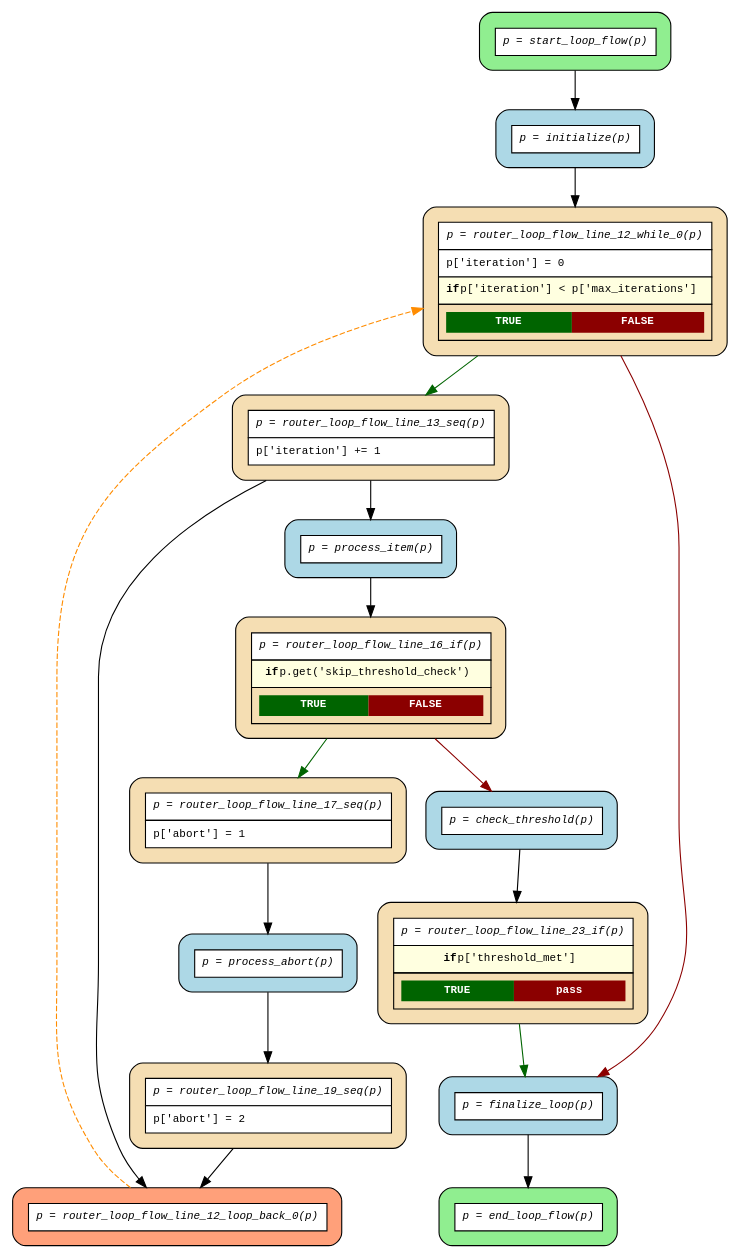
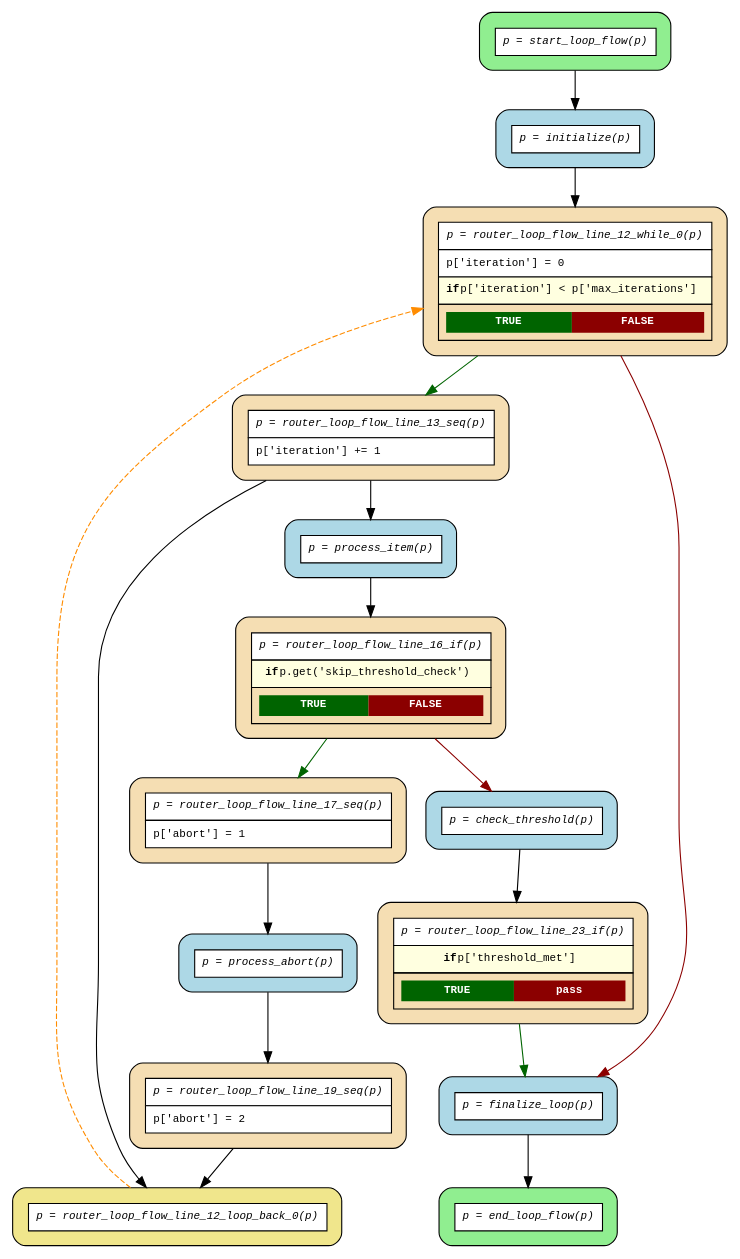
The diagram in examples/flows/compiled/while_loop_processing/flow.dot (deliveryhero/asya), drawn with Graphviz before and after one commit. The commit also changed 26 other files, not shown here.

First line of the commit message:
fix(flow): fix DOT graph spurious edges and loop-back router color

```diff
--- a/examples/flows/compiled/while_loop_processing/flow.dot
+++ b/examples/flows/compiled/while_loop_processing/flow.dot
@@ -1,38 +1,38 @@
 digraph flow {
   rankdir=TB;
   graph [fontname="Courier", fontsize=10];
   node [fontname="Courier", fontsize=10, shape=box, style="filled,rounded", margin="0.2"];
   edge [fontname="Courier", fontsize=10];
 
   start_loop_flow [fillcolor="lightgreen", label=<<table border="0" cellspacing="0" cellpadding="6" cellborder="1"><tr><td bgcolor="white" align="center"><i>p = start_loop_flow(p)</i></td></tr></table>>];
   router_loop_flow_line_19_seq [fillcolor="wheat", label=<<table border="0" cellspacing="0" cellpadding="6" cellborder="1"><tr><td bgcolor="white" align="center"><i>p = router_loop_flow_line_19_seq(p)</i></td></tr><tr><td bgcolor="white" align="left">p['abort'] = 2</td></tr></table>>];
   router_loop_flow_line_17_seq [fillcolor="wheat", label=<<table border="0" cellspacing="0" cellpadding="6" cellborder="1"><tr><td bgcolor="white" align="center"><i>p = router_loop_flow_line_17_seq(p)</i></td></tr><tr><td bgcolor="white" align="left">p['abort'] = 1</td></tr></table>>];
   router_loop_flow_line_23_if [fillcolor="wheat", label=<<table border="0" cellspacing="0" cellpadding="6" cellborder="1"><tr><td bgcolor="white" align="center"><i>p = router_loop_flow_line_23_if(p)</i></td></tr><tr><td bgcolor="lightyellow"><b>if</b> p['threshold_met']</td></tr><tr><td><table border="0" cellspacing="0" cellpadding="4"><tr><td bgcolor="darkgreen"><font color="white"><b>TRUE</b></font></td><td bgcolor="darkred"><font color="white"><b>pass</b></font></td></tr></table></td></tr></table>>];
   router_loop_flow_line_16_if [fillcolor="wheat", label=<<table border="0" cellspacing="0" cellpadding="6" cellborder="1"><tr><td bgcolor="white" align="center"><i>p = router_loop_flow_line_16_if(p)</i></td></tr><tr><td bgcolor="lightyellow"><b>if</b> p.get('skip_threshold_check')</td></tr><tr><td><table border="0" cellspacing="0" cellpadding="4"><tr><td bgcolor="darkgreen"><font color="white"><b>TRUE</b></font></td><td bgcolor="darkred"><font color="white"><b>FALSE</b></font></td></tr></table></td></tr></table>>];
   router_loop_flow_line_13_seq [fillcolor="wheat", label=<<table border="0" cellspacing="0" cellpadding="6" cellborder="1"><tr><td bgcolor="white" align="center"><i>p = router_loop_flow_line_13_seq(p)</i></td></tr><tr><td bgcolor="white" align="left">p['iteration'] += 1</td></tr></table>>];
-  router_loop_flow_line_12_loop_back_0 [fillcolor="lightsalmon", label=<<table border="0" cellspacing="0" cellpadding="6" cellborder="1"><tr><td bgcolor="white" align="center"><i>p = router_loop_flow_line_12_loop_back_0(p)</i></td></tr></table>>];
+  router_loop_flow_line_12_loop_back_0 [fillcolor="khaki", label=<<table border="0" cellspacing="0" cellpadding="6" cellborder="1"><tr><td bgcolor="white" align="center"><i>p = router_loop_flow_line_12_loop_back_0(p)</i></td></tr></table>>];
   router_loop_flow_line_12_while_0 [fillcolor="wheat", label=<<table border="0" cellspacing="0" cellpadding="6" cellborder="1"><tr><td bgcolor="white" align="center"><i>p = router_loop_flow_line_12_while_0(p)</i></td></tr><tr><td bgcolor="white" align="left">p['iteration'] = 0</td></tr><tr><td bgcolor="lightyellow"><b>if</b> p['iteration'] &lt; p['max_iterations']</td></tr><tr><td><table border="0" cellspacing="0" cellpadding="4"><tr><td bgcolor="darkgreen"><font color="white"><b>TRUE</b></font></td><td bgcolor="darkred"><font color="white"><b>FALSE</b></font></td></tr></table></td></tr></table>>];
   end_loop_flow [fillcolor="lightgreen", label=<<table border="0" cellspacing="0" cellpadding="6" cellborder="1"><tr><td bgcolor="white" align="center"><i>p = end_loop_flow(p)</i></td></tr></table>>];
   check_threshold [fillcolor="lightblue", label=<<table border="0" cellspacing="0" cellpadding="6" cellborder="1"><tr><td bgcolor="white" align="center"><i>p = check_threshold(p)</i></td></tr></table>>];
   finalize_loop [fillcolor="lightblue", label=<<table border="0" cellspacing="0" cellpadding="6" cellborder="1"><tr><td bgcolor="white" align="center"><i>p = finalize_loop(p)</i></td></tr></table>>];
   initialize [fillcolor="lightblue", label=<<table border="0" cellspacing="0" cellpadding="6" cellborder="1"><tr><td bgcolor="white" align="center"><i>p = initialize(p)</i></td></tr></table>>];
   process_abort [fillcolor="lightblue", label=<<table border="0" cellspacing="0" cellpadding="6" cellborder="1"><tr><td bgcolor="white" align="center"><i>p = process_abort(p)</i></td></tr></table>>];
   process_item [fillcolor="lightblue", label=<<table border="0" cellspacing="0" cellpadding="6" cellborder="1"><tr><td bgcolor="white" align="center"><i>p = process_item(p)</i></td></tr></table>>];
 
   check_threshold -> router_loop_flow_line_23_if;
   finalize_loop -> end_loop_flow;
   initialize -> router_loop_flow_line_12_while_0;
   process_abort -> router_loop_flow_line_19_seq;
   process_item -> router_loop_flow_line_16_if;
   router_loop_flow_line_12_loop_back_0 -> router_loop_flow_line_12_while_0 [style=dashed, color=darkorange, constraint=false];
   router_loop_flow_line_12_while_0 -> finalize_loop [color=darkred];
   router_loop_flow_line_12_while_0 -> router_loop_flow_line_13_seq [color=darkgreen];
   router_loop_flow_line_13_seq -> process_item;
   router_loop_flow_line_13_seq -> router_loop_flow_line_12_loop_back_0;
   router_loop_flow_line_16_if -> check_threshold [color=darkred];
   router_loop_flow_line_16_if -> router_loop_flow_line_17_seq [color=darkgreen];
   router_loop_flow_line_17_seq -> process_abort;
   router_loop_flow_line_19_seq -> router_loop_flow_line_12_loop_back_0;
   router_loop_flow_line_23_if -> finalize_loop [color=darkgreen];
   start_loop_flow -> initialize;
 }
```
